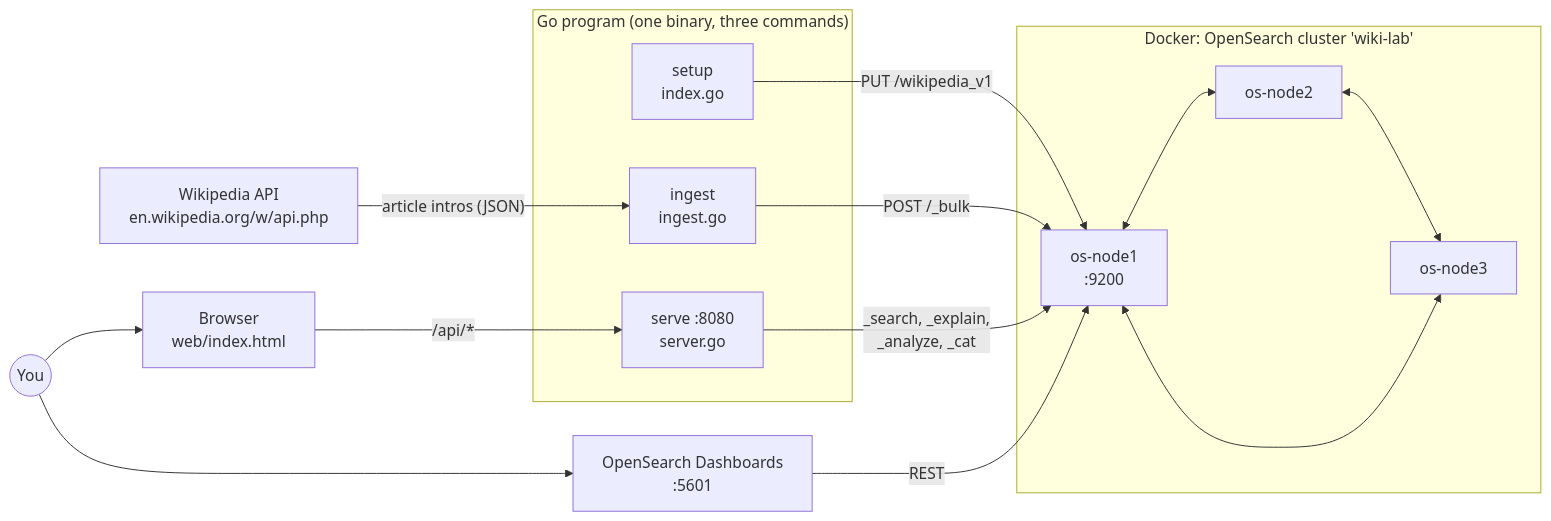
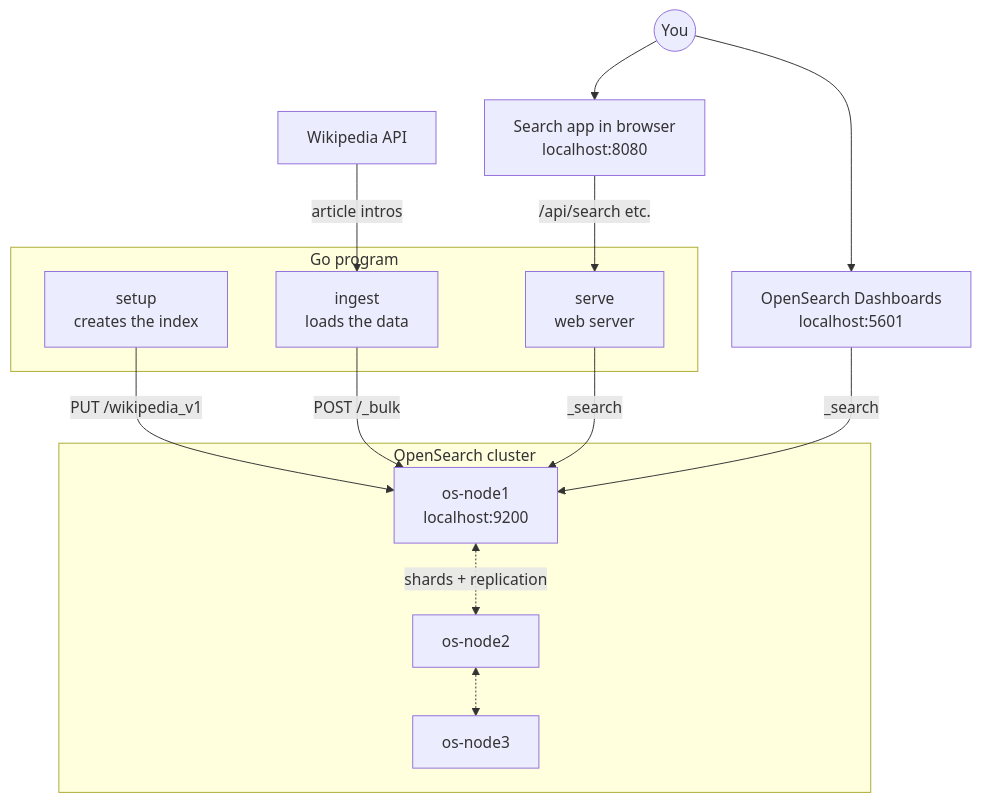
One commit to mohiadeen-ameer/opensearch-lab changed the first of 7 diagrams in README.md. Above: the diagram before and after it, drawn with Mermaid. The commit also changed other lines of this file and 3 other files, not shown here.

First line of the commit message:
Add ready-made Dashboards dashboard, fix README diagrams

````diff
--- a/README.md
+++ b/README.md
@@ -18,30 +18,29 @@
 ```mermaid
-flowchart LR
-    WIKI["Wikipedia API<br/>en.wikipedia.org/w/api.php"]
+flowchart TB
+    YOU(("You"))
+    YOU --> BROWSER["Search app in browser<br/>localhost:8080"]
+    YOU --> OSD["OpenSearch Dashboards<br/>localhost:5601"]
 
-    subgraph GO["Go program (one binary, three commands)"]
-        SETUP["setup<br/>index.go"]
-        INGEST["ingest<br/>ingest.go"]
-        SERVE["serve :8080<br/>server.go"]
+    WIKI["Wikipedia API"] -- "article intros" --> INGEST
+
+    subgraph GO["Go program"]
+        SETUP["setup<br/>creates the index"]
+        INGEST["ingest<br/>loads the data"]
+        SERVE["serve<br/>web server"]
     end
 
-    subgraph CLUSTER["Docker: OpenSearch cluster 'wiki-lab'"]
-        N1["os-node1<br/>:9200"]
+    BROWSER -- "/api/search etc." --> SERVE
+
+    subgraph CLUSTER["OpenSearch cluster"]
+        N1["os-node1<br/>localhost:9200"]
         N2["os-node2"]
         N3["os-node3"]
-        N1 <--> N2 <--> N3 <--> N1
     end
 
-    OSD["OpenSearch Dashboards<br/>:5601"]
-    BROWSER["Browser<br/>web/index.html"]
-    YOU(("You"))
-
     SETUP -- "PUT /wikipedia_v1" --> N1
-    WIKI -- "article intros (JSON)" --> INGEST
     INGEST -- "POST /_bulk" --> N1
-    SERVE -- "_search, _explain,<br/>_analyze, _cat" --> N1
-    BROWSER -- "/api/*" --> SERVE
-    OSD -- "REST" --> N1
-    YOU --> BROWSER
-    YOU --> OSD
+    SERVE -- "_search" --> N1
+    OSD -- "_search" --> N1
+    N1 <-. "shards + replication" .-> N2
+    N2 <-. " " .-> N3
 ```
````
